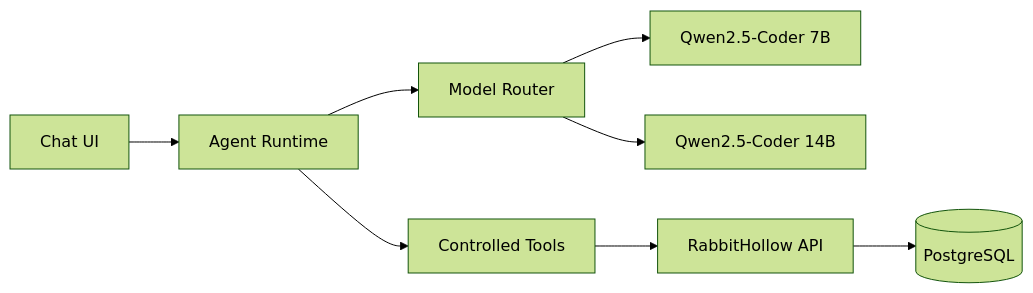
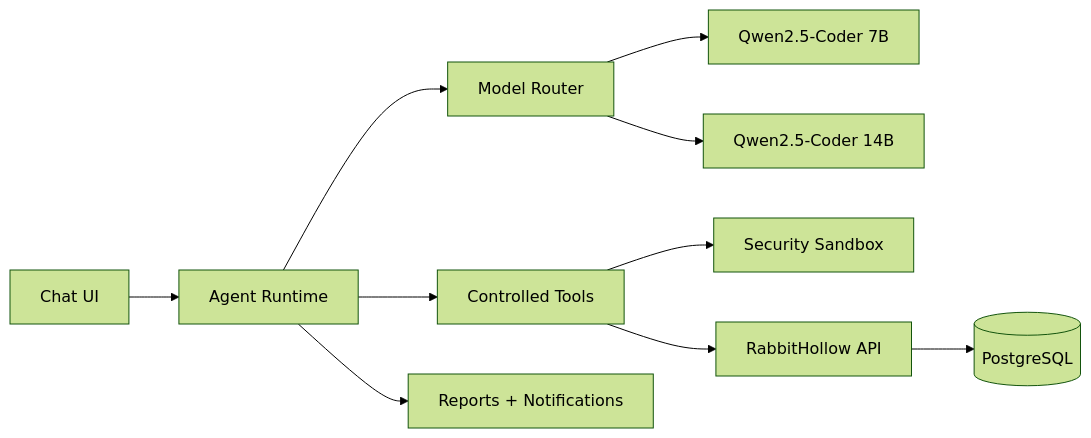
The diagram in LLM_PLAN.md (patrikdjasnik-eng/deception-analyzer), drawn with Mermaid (forest theme) before and after one commit. The commit also changed other lines of this file, not shown here.

````diff
--- a/LLM_PLAN.md
+++ b/LLM_PLAN.md
@@ -17,10 +19,12 @@
 ```mermaid
 flowchart LR
   CHAT[Chat UI] --> AGENT[Agent Runtime]
   AGENT --> ROUTER[Model Router]
   ROUTER --> Q7[Qwen2.5-Coder 7B]
   ROUTER --> Q14[Qwen2.5-Coder 14B]
   AGENT --> TOOLS[Controlled Tools]
+  TOOLS --> SANDBOX[Security Sandbox]
   TOOLS --> API[RabbitHollow API]
   API --> DB[(PostgreSQL)]
+  AGENT --> REPORTS[Reports + Notifications]
 ```
````
